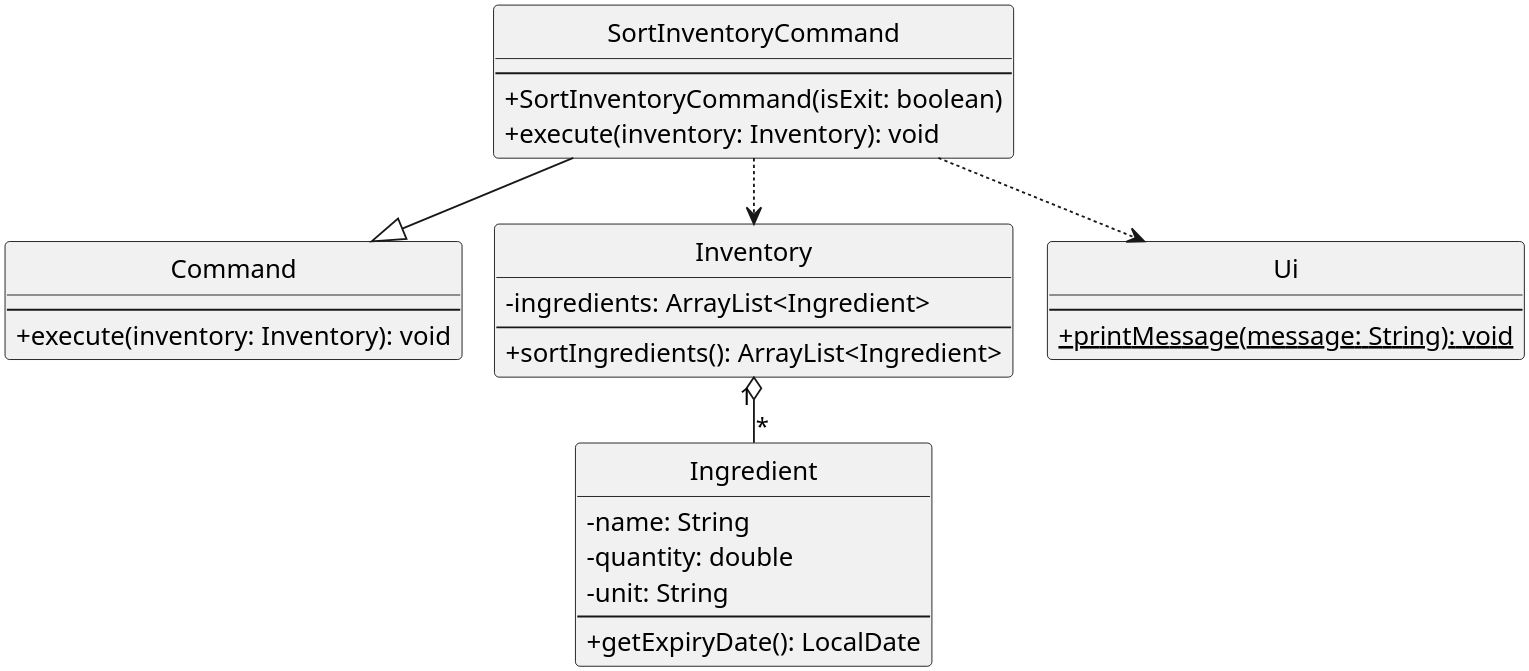
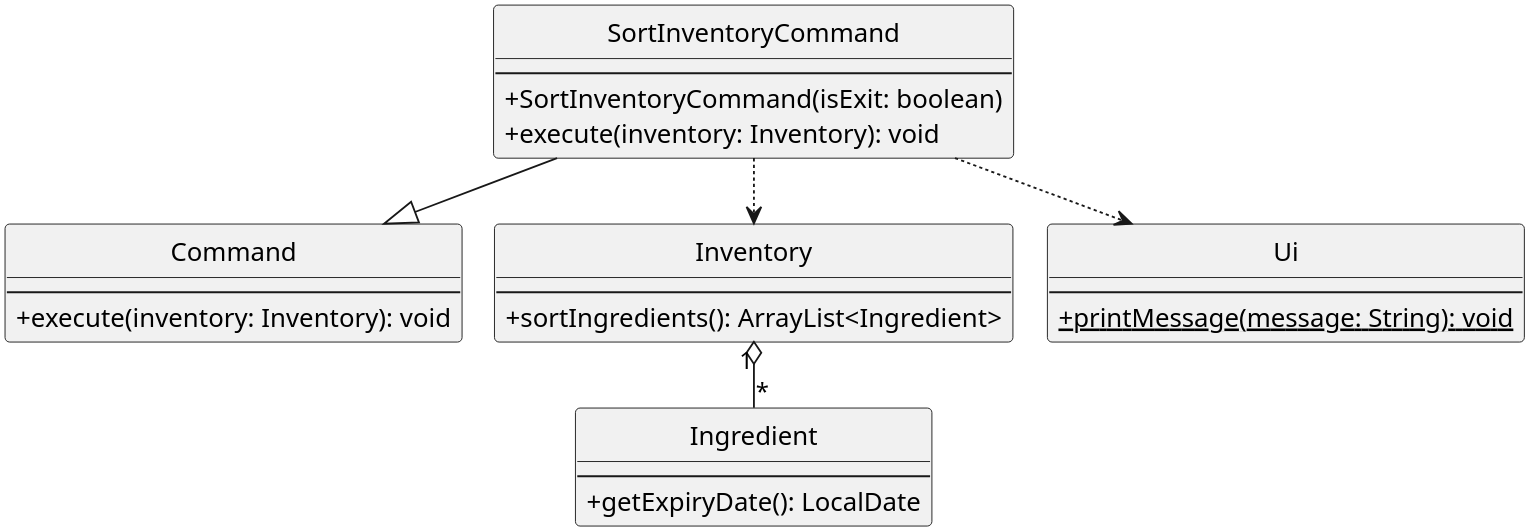
The diagram in docs/team/SortInventoryCD.puml (aidan17715/tp), drawn with PlantUML before and after one commit. The commit also changed 5 other files, not shown here.

Commit message:
Simplify class diagrams

```diff
--- a/docs/team/SortInventoryCD.puml
+++ b/docs/team/SortInventoryCD.puml
@@ -1,47 +1,43 @@
 @startuml
 !pragma layout smetana
 scale 4
 hide circle
 skinparam classAttributeIconSize 0
 
 class Command {
     --
     + execute(inventory: Inventory): void
 }
 
 class SortInventoryCommand {
     --
     + SortInventoryCommand(isExit: boolean)
     + execute(inventory: Inventory): void
 }
 
 class Inventory {
-    - ingredients: ArrayList<Ingredient>
     --
     + sortIngredients(): ArrayList<Ingredient>
 }
 
 class Ingredient {
-    - name: String
-    - quantity: double
-    - unit: String
     --
     + getExpiryDate(): LocalDate
 }
 
 class Ui {
     --
     {static} + printMessage(message: String): void
 }
 
 ' Inheritance
 SortInventoryCommand --|> Command
 
 ' Sort flow dependencies
 SortInventoryCommand ..> Inventory
 SortInventoryCommand ..> Ui
 
 ' Data relationship required by sorting
 Inventory "1" o-- "*" Ingredient
 
 @enduml
```
